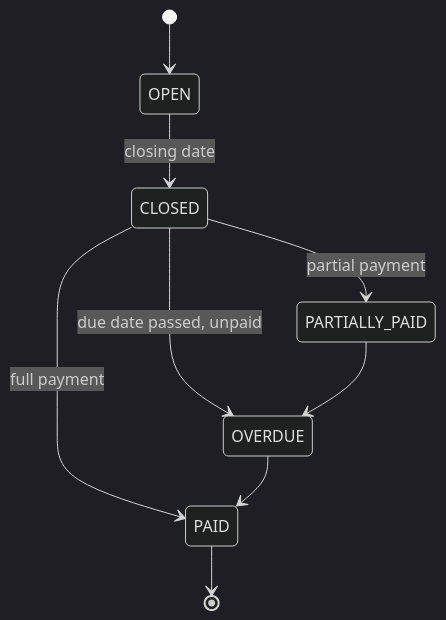
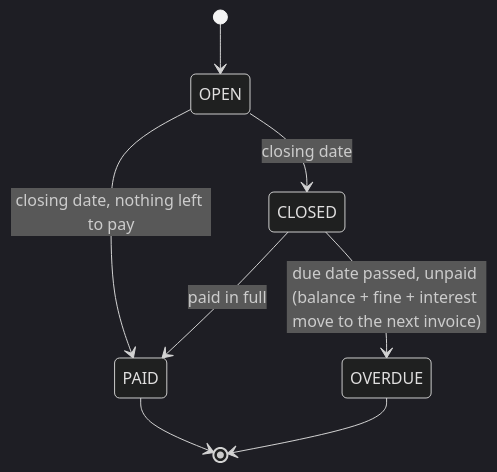
Before and after one commit to ViniciusMicarelli/digital-bank-platform: the second of 2 diagrams in docs/services/credit-service.md, drawn with Mermaid (dark theme). The commit also changed other lines of this file and 54 other files, not shown here.

````diff
--- a/docs/services/credit-service.md
+++ b/docs/services/credit-service.md
@@ -20,11 +50,10 @@
 ```mermaid
 stateDiagram-v2
     [*] --> OPEN
     OPEN --> CLOSED: closing date
-    CLOSED --> PAID: full payment
-    CLOSED --> PARTIALLY_PAID: partial payment
-    CLOSED --> OVERDUE: due date passed, unpaid
-    PARTIALLY_PAID --> OVERDUE
-    OVERDUE --> PAID
+    OPEN --> PAID: closing date, nothing left to pay
+    CLOSED --> PAID: paid in full
+    CLOSED --> OVERDUE: due date passed, unpaid (balance + fine + interest move to the next invoice)
     PAID --> [*]
+    OVERDUE --> [*]
 ```
````
